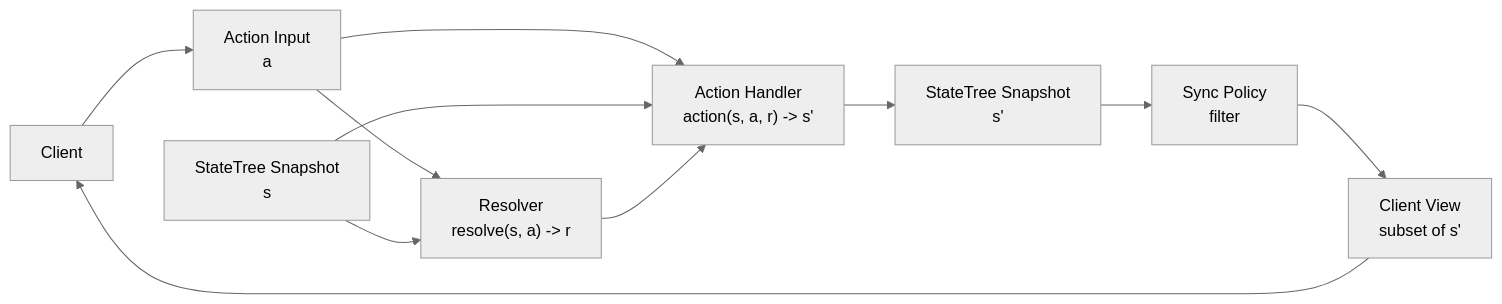
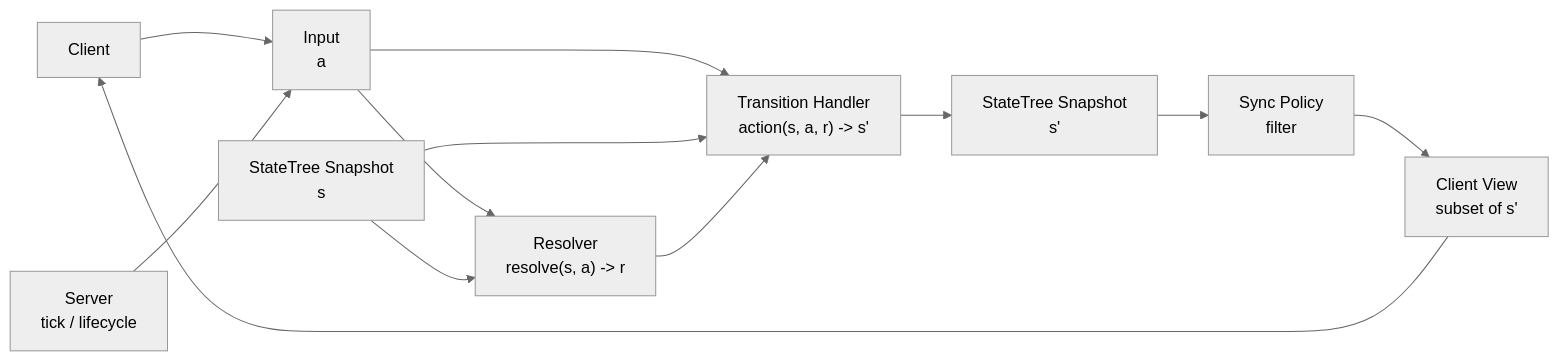
Before and after one commit to gmliao/swift-state-tree: the first of 2 diagrams in deep-research/emse-artifacts/SECTION3_DRAFT.md, drawn with Mermaid (neutral theme). The commit also changed other lines of this file, not shown here.

First line of the commit message:
refactor: update SECTION3_DRAFT with terminology and flowchart enhancements

````diff
--- a/deep-research/emse-artifacts/SECTION3_DRAFT.md
+++ b/deep-research/emse-artifacts/SECTION3_DRAFT.md
@@ -13,24 +13,26 @@
 ```mermaid
 flowchart LR
   %% Programming model (language-agnostic)
 
   C["Client"]
-  I["Action Input<br/>a"]
+  Srv["Server<br/>tick / lifecycle"]
+  I["Input<br/>a"]
 
   S0["StateTree Snapshot<br/>s"]
   R["Resolver<br/>resolve(s, a) -> r"]
-  A["Action Handler<br/>action(s, a, r) -> s'"]
+  A["Transition Handler<br/>action(s, a, r) -> s'"]
   S1["StateTree Snapshot<br/>s'"]
 
   C --> I
+  Srv --> I
   I --> R
   S0 --> R
   I --> A
   S0 --> A
   R --> A
   A --> S1
 
   P["Sync Policy<br/>filter"]
   V["Client View<br/>subset of s'"]
   S1 --> P --> V --> C
 ```
````
